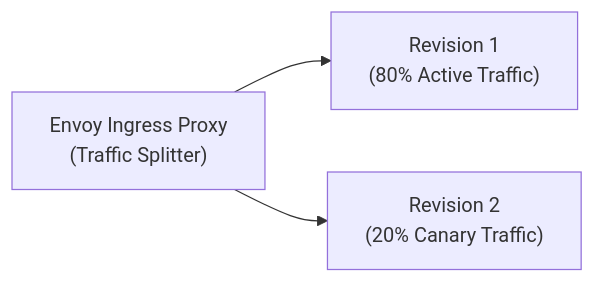
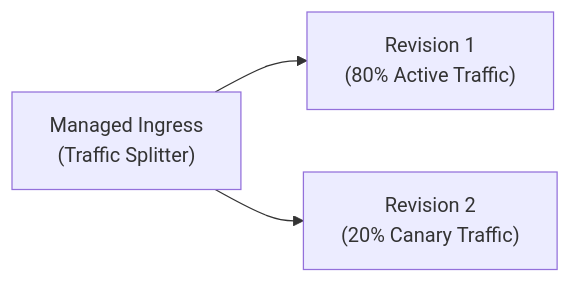
The first of 2 diagrams in cloud-providers/azure/compute-application-hosting/container-apps.md (senlinyy/dev-roadmaps), drawn with Mermaid before and after one commit. The commit also changed other lines of this file and 530 other files, not shown here.

````diff
--- a/cloud-providers/azure/compute-application-hosting/container-apps.md
+++ b/cloud-providers/azure/compute-application-hosting/container-apps.md
@@ -93,5 +119,5 @@
 ```mermaid
 flowchart LR
-    Ingress["Envoy Ingress Proxy<br/>(Traffic Splitter)"] --> Rev1["Revision 1<br/>(80% Active Traffic)"]
+    Ingress["Managed Ingress<br/>(Traffic Splitter)"] --> Rev1["Revision 1<br/>(80% Active Traffic)"]
     Ingress --> Rev2["Revision 2<br/>(20% Canary Traffic)"]
 ```
````
